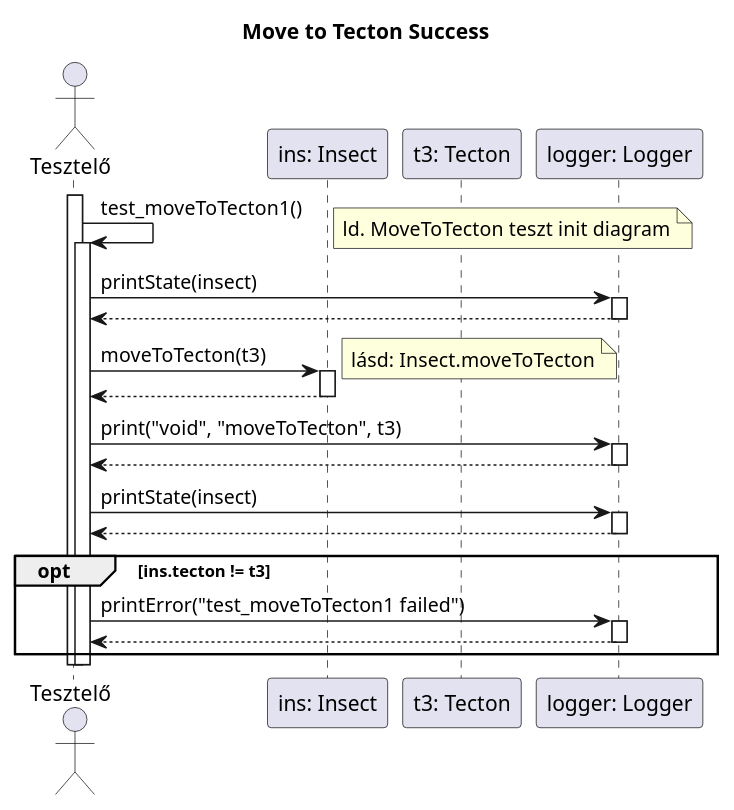
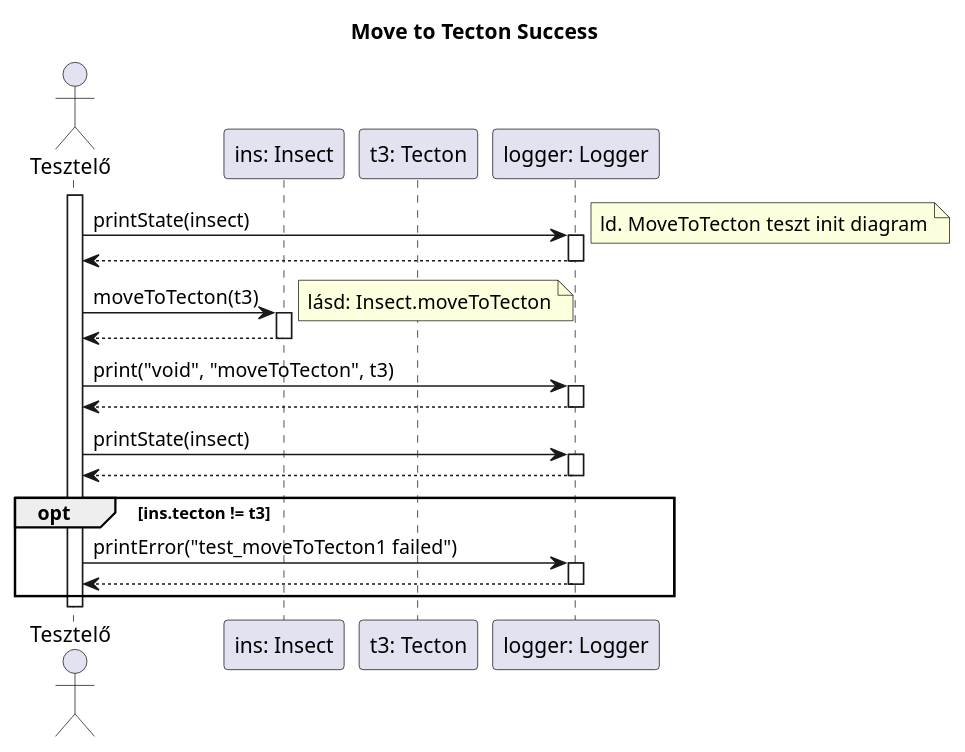
The diagram in diagrams/test-sequence/insect/moveToTecton1.plantuml (dzsem/projlab), drawn with PlantUML before and after one commit. The commit also changed 5 other files, not shown here.

```diff
--- a/diagrams/test-sequence/insect/moveToTecton1.plantuml
+++ b/diagrams/test-sequence/insect/moveToTecton1.plantuml
@@ -1,51 +1,47 @@
 @startuml test_moveToTecton1
 
 title Move to Tecton Success
 
 actor "Tesztelő" as t
 participant "ins: Insect" as i
 participant "t3: Tecton" as t3
 participant "logger: Logger" as logger
 
 activate t
-t -> t: test_moveToTecton1()
+
+t -> logger: printState(insect)
 note right: ld. MoveToTecton teszt init diagram
-activate t
+activate logger
 
-	t -> logger: printState(insect)
+t <-- logger
+deactivate logger
+
+t -> i: moveToTecton(t3)
+activate i
+note right: lásd: Insect.moveToTecton
+
+t <-- i
+deactivate i
+
+t -> logger: print("void", "moveToTecton", t3)
+activate logger
+
+t <-- logger
+deactivate logger
+
+t -> logger: printState(insect)
+activate logger
+t <-- logger
+deactivate logger
+
+opt ins.tecton != t3
+	t -> logger: printError("test_moveToTecton1 failed")
 	activate logger
 
 	t <-- logger
 	deactivate logger
+end
 
-	t -> i: moveToTecton(t3)
-	activate i
-	note right: lásd: Insect.moveToTecton
-
-	t <-- i
-	deactivate i
-
-	t -> logger: print("void", "moveToTecton", t3)
-	activate logger
-
-	t <-- logger
-	deactivate logger
-
-	t -> logger: printState(insect)
-	activate logger
-	t <-- logger
-	deactivate logger
-
-	opt ins.tecton != t3
-		t -> logger: printError("test_moveToTecton1 failed")
-		activate logger
-
-		t <-- logger
-		deactivate logger
-	end
-
-	deactivate t
 deactivate t
 
-
 @enduml
```
